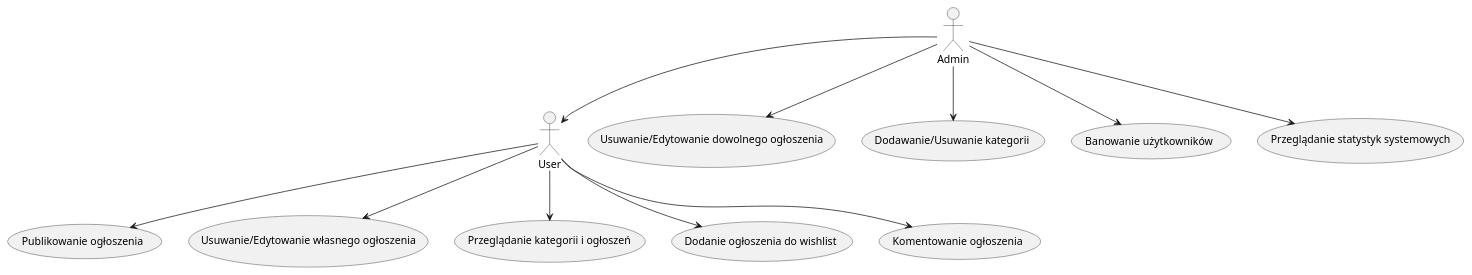
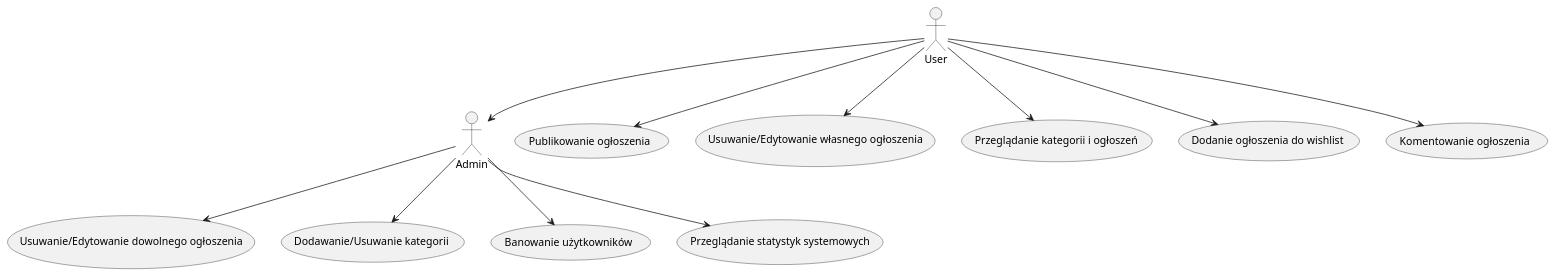
Before and after one commit to AntoniUlmaniec/DigitalAnnouncementSite: the diagram in UseCase1.puml, drawn with PlantUML. The commit also changed 3 other files, not shown here.

```diff
--- a/UseCase1.puml
+++ b/UseCase1.puml
@@ -1,30 +1,30 @@
 @startuml
 actor User
 actor Admin
 
 usecase "Publikowanie ogłoszenia" as UC1
 usecase "Usuwanie/Edytowanie własnego ogłoszenia" as UC2
 usecase "Przeglądanie kategorii i ogłoszeń" as UC3
 usecase "Dodanie ogłoszenia do wishlist" as UC4
 usecase "Komentowanie ogłoszenia" as UC5
 
 usecase "Usuwanie/Edytowanie dowolnego ogłoszenia" as UC6
 usecase "Dodawanie/Usuwanie kategorii" as UC7
 usecase "Banowanie użytkowników" as UC8
 usecase "Przeglądanie statystyk systemowych" as UC9
 
 User --> UC1
 User --> UC2
 User --> UC3
 User --> UC4
 User --> UC5
 
-Admin --> User
+User --> Admin
 
 Admin --> UC6
 Admin --> UC7
 Admin --> UC8
 Admin --> UC9
 
 
 @enduml
```
